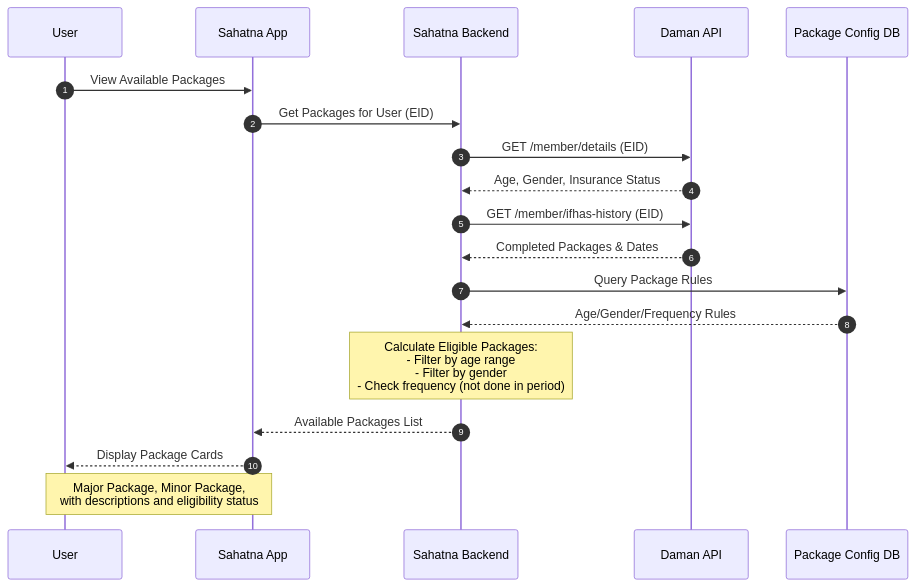
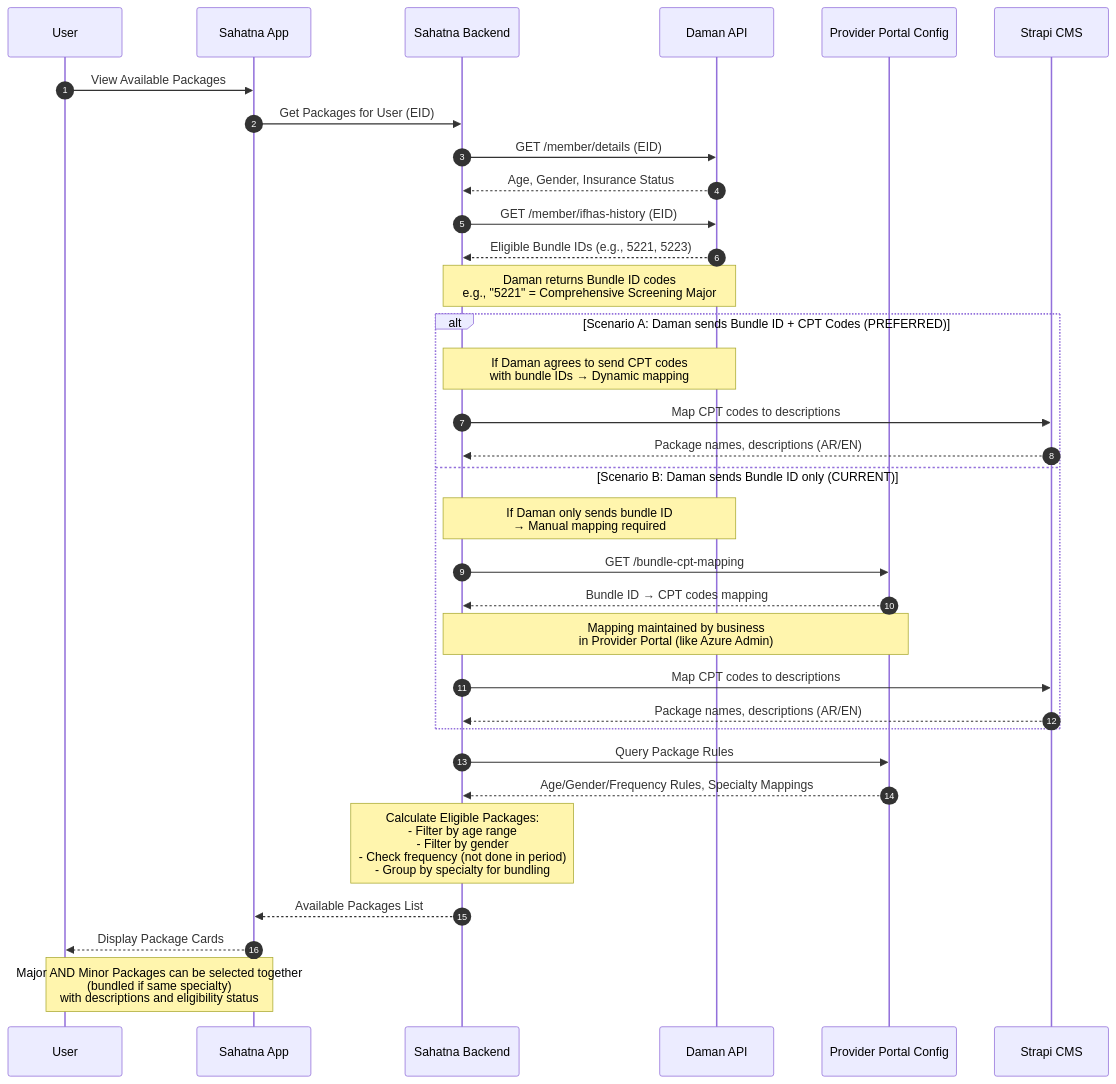
The third of 11 diagrams in IFHAS_Sequence_Diagrams.md (shlapolosa/local-ai-packaged), drawn with Mermaid before and after one commit. The commit also changed other lines of this file and 1 other file, not shown here.

````diff
--- a/IFHAS_Sequence_Diagrams.md
+++ b/IFHAS_Sequence_Diagrams.md
@@ -63,27 +82,43 @@
 ```mermaid
 sequenceDiagram
     autonumber
     participant U as User
     participant SA as Sahatna App
     participant BE as Sahatna Backend
     participant D as Daman API
-    participant DB as Package Config DB
+    participant PP as Provider Portal Config
+    participant ST as Strapi CMS
 
     U->>SA: View Available Packages
     SA->>BE: Get Packages for User (EID)
 
     BE->>D: GET /member/details (EID)
     D-->>BE: Age, Gender, Insurance Status
 
     BE->>D: GET /member/ifhas-history (EID)
-    D-->>BE: Completed Packages & Dates
+    D-->>BE: Eligible Bundle IDs (e.g., 5221, 5223)
+    Note over D,BE: Daman returns Bundle ID codes<br/>e.g., "5221" = Comprehensive Screening Major
 
-    BE->>DB: Query Package Rules
-    DB-->>BE: Age/Gender/Frequency Rules
+    %% CPT Code Mapping (two scenarios)
+    alt Scenario A: Daman sends Bundle ID + CPT Codes (PREFERRED)
+        Note over D,BE: If Daman agrees to send CPT codes<br/>with bundle IDs → Dynamic mapping
+        BE->>ST: Map CPT codes to descriptions
+        ST-->>BE: Package names, descriptions (AR/EN)
+    else Scenario B: Daman sends Bundle ID only (CURRENT)
+        Note over D,BE: If Daman only sends bundle ID<br/>→ Manual mapping required
+        BE->>PP: GET /bundle-cpt-mapping
+        PP-->>BE: Bundle ID → CPT codes mapping
+        Note over PP,BE: Mapping maintained by business<br/>in Provider Portal (like Azure Admin)
+        BE->>ST: Map CPT codes to descriptions
+        ST-->>BE: Package names, descriptions (AR/EN)
+    end
 
-    Note over BE: Calculate Eligible Packages:<br/>- Filter by age range<br/>- Filter by gender<br/>- Check frequency (not done in period)
+    BE->>PP: Query Package Rules
+    PP-->>BE: Age/Gender/Frequency Rules, Specialty Mappings
+
+    Note over BE: Calculate Eligible Packages:<br/>- Filter by age range<br/>- Filter by gender<br/>- Check frequency (not done in period)<br/>- Group by specialty for bundling
 
     BE-->>SA: Available Packages List
     SA-->>U: Display Package Cards
-    Note over U,SA: Major Package, Minor Package,<br/>with descriptions and eligibility status
+    Note over U,SA: Major AND Minor Packages can be selected together<br/>(bundled if same specialty)<br/>with descriptions and eligibility status
 ```
````
